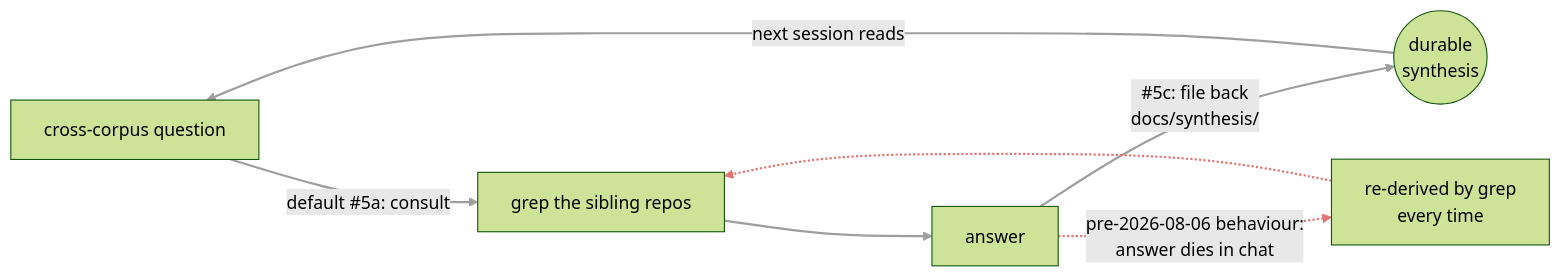
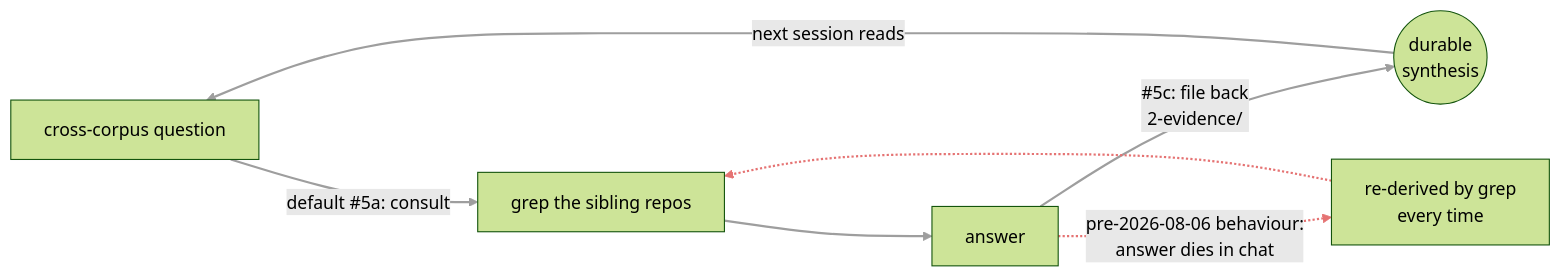
Before and after one commit to bibleman-stan/atu-method: the fourth of 7 diagrams in 4-process/improvement-loops.md, drawn with Mermaid (forest theme). The commit also changed other lines of this file and 1 other file, not shown here.

````diff
--- a/4-process/improvement-loops.md
+++ b/4-process/improvement-loops.md
@@ -143,12 +146,12 @@
 ```mermaid
 %%{init: {"flowchart": {"useMaxWidth": true}} }%%
 flowchart LR
     Q["cross-corpus question"] -->|"default #5a: consult"| G["grep the sibling repos"]
     G --> A["answer"]
-    A -->|"#5c: file back<br/>docs/synthesis/"| K(("durable<br/>synthesis"))
+    A -->|"#5c: file back<br/>2-evidence/"| K(("durable<br/>synthesis"))
     K -->|"next session reads"| Q
     A -.->|"pre-2026-08-06 behaviour:<br/>answer dies in chat"| RD["re-derived by grep<br/>every time"]
     RD -.-> G
     linkStyle 0,1,2,3 stroke:#9E9E9E,stroke-width:2px
     linkStyle 4,5 stroke:#E57373,stroke-width:2px
 ```
````
